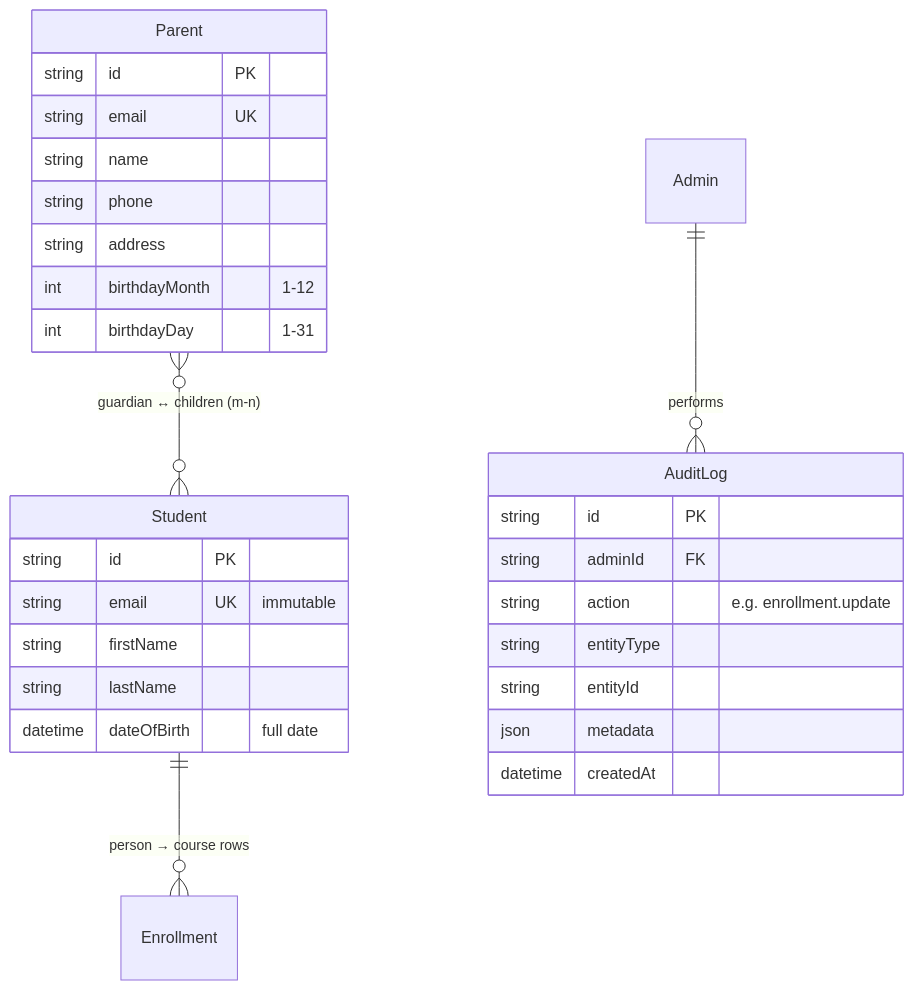
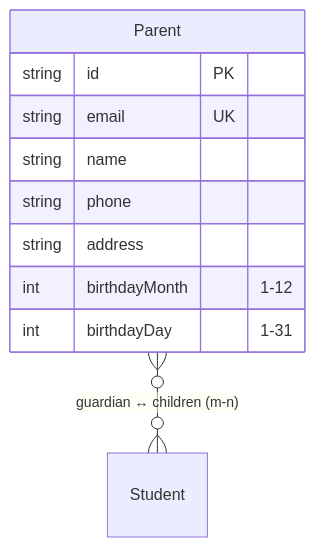
Before and after one commit to innocent98/banafix: the fifth of 5 diagrams in docs/architecture/banafix-blueprint.md, drawn with Mermaid. The commit also changed other lines of this file and 2 other files, not shown here.

First line of the commit message:
docs: sync blueprint/checklist + SOP for Student entity foundation

````diff
--- a/docs/architecture/banafix-blueprint.md
+++ b/docs/architecture/banafix-blueprint.md
@@ -189,32 +223,14 @@
 ```mermaid
 erDiagram
-    Student ||--o{ Enrollment : "person → course rows"
     Parent }o--o{ Student : "guardian ↔ children (m-n)"
-    Admin ||--o{ AuditLog : performs
 
-    Student {
-      string id PK
-      string email UK "immutable"
-      string firstName
-      string lastName
-      datetime dateOfBirth "full date"
-    }
     Parent {
       string id PK
       string email UK
       string name
       string phone
       string address
       int birthdayMonth "1-12"
       int birthdayDay "1-31"
     }
-    AuditLog {
-      string id PK
-      string adminId FK
-      string action "e.g. enrollment.update"
-      string entityType
-      string entityId
-      json metadata
-      datetime createdAt
-    }
 ```
````
